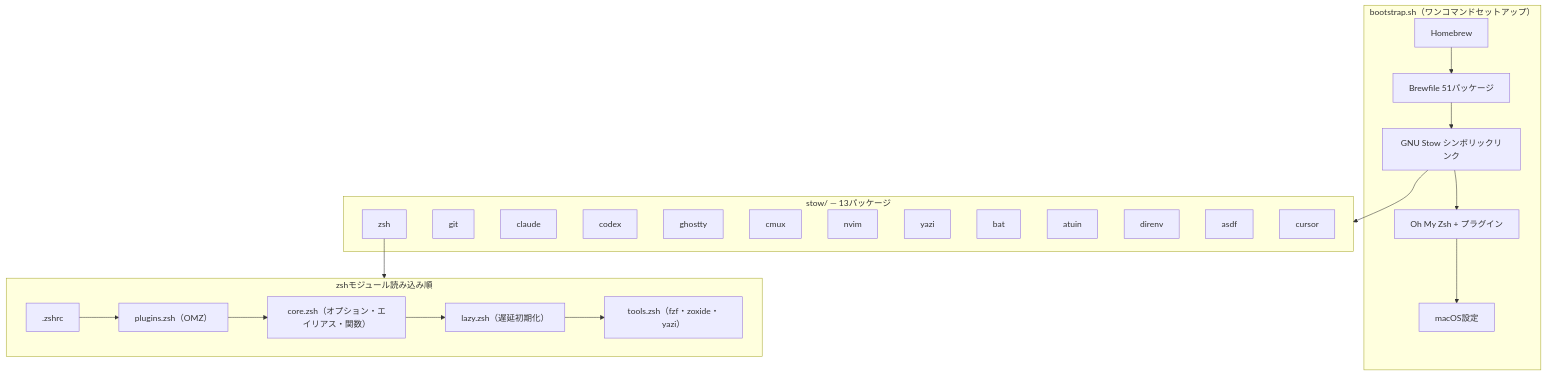
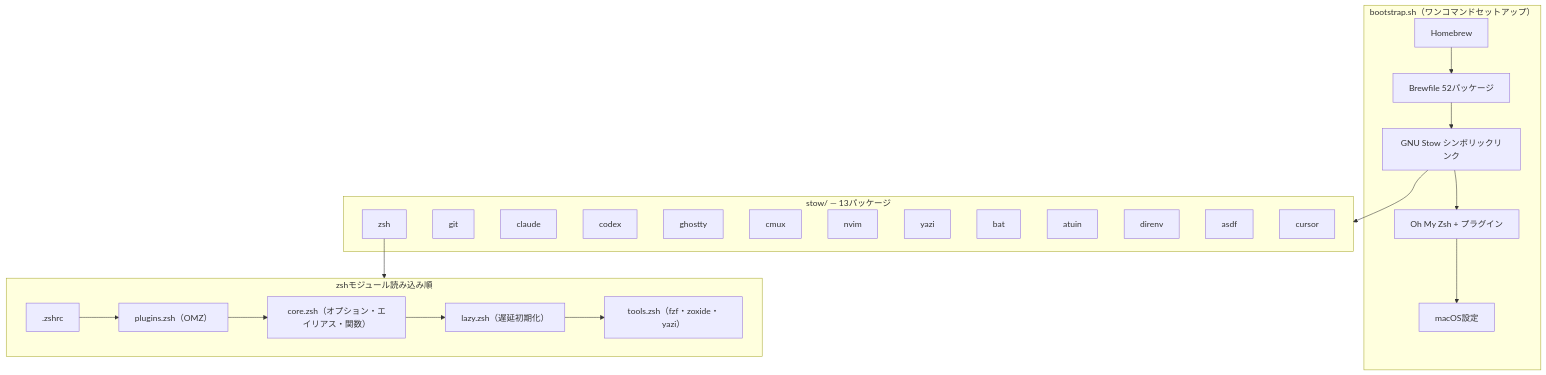
One commit to otake-shol/dotfiles changed the diagram in README.md. Above: the diagram before and after it, drawn with Mermaid. The commit also changed 2 other files, not shown here.

Commit message:
fix: CIのREADME件数不一致を修正
Brewfileの実数にREADMEのパッケージ数を合わせ、ClaudeステータスラインとCodex設定の更新も反映する。

````diff
--- a/README.md
+++ b/README.md
@@ -57,36 +57,36 @@
 ```mermaid
 graph TB
     subgraph bootstrap["bootstrap.sh（ワンコマンドセットアップ）"]
         B1[Homebrew]
-        B1 --> B2[Brewfile 51パッケージ]
+        B1 --> B2[Brewfile 52パッケージ]
         B2 --> B3[GNU Stow シンボリックリンク]
         B3 --> B4[Oh My Zsh + プラグイン]
         B4 --> B5[macOS設定]
     end
 
     subgraph stow["stow/ — 13パッケージ"]
         S1[zsh]
         S2[git]
         S3[claude]
         S4[codex]
         S5[ghostty]
         S6[cmux]
         S7[nvim]
         S8[yazi]
         S9[bat]
         S10[atuin]
         S11[direnv]
         S12[asdf]
         S13[cursor]
     end
 
     subgraph shell["zshモジュール読み込み順"]
         Z1[".zshrc"] --> Z2["plugins.zsh（OMZ）"]
         Z2 --> Z3["core.zsh（オプション・エイリアス・関数）"]
         Z3 --> Z4["lazy.zsh（遅延初期化）"]
         Z4 --> Z5["tools.zsh（fzf・zoxide・yazi）"]
     end
 
     B3 --> stow
     S1 --> shell
 ```
````
